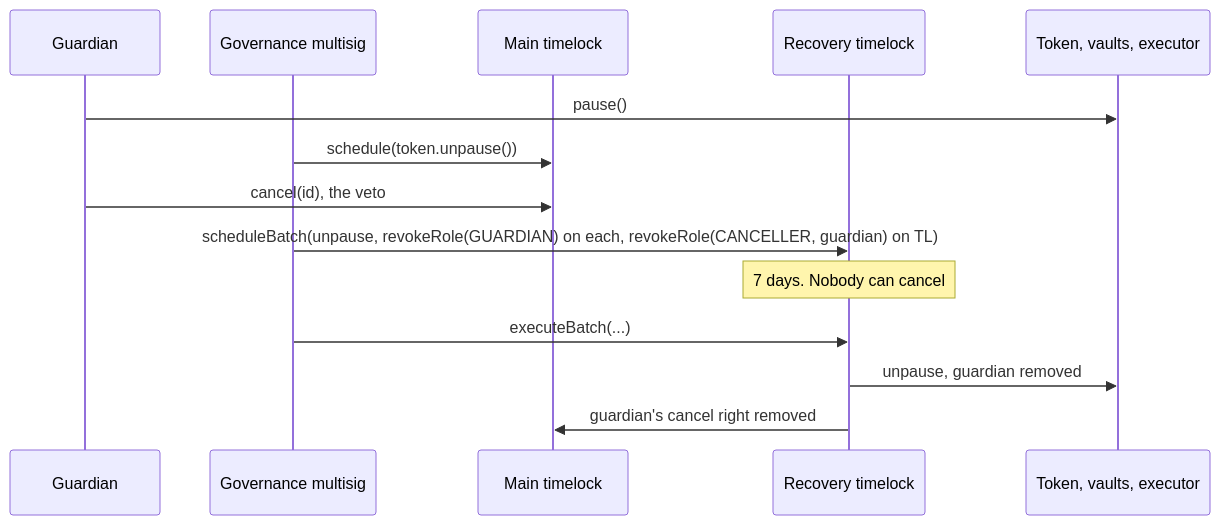
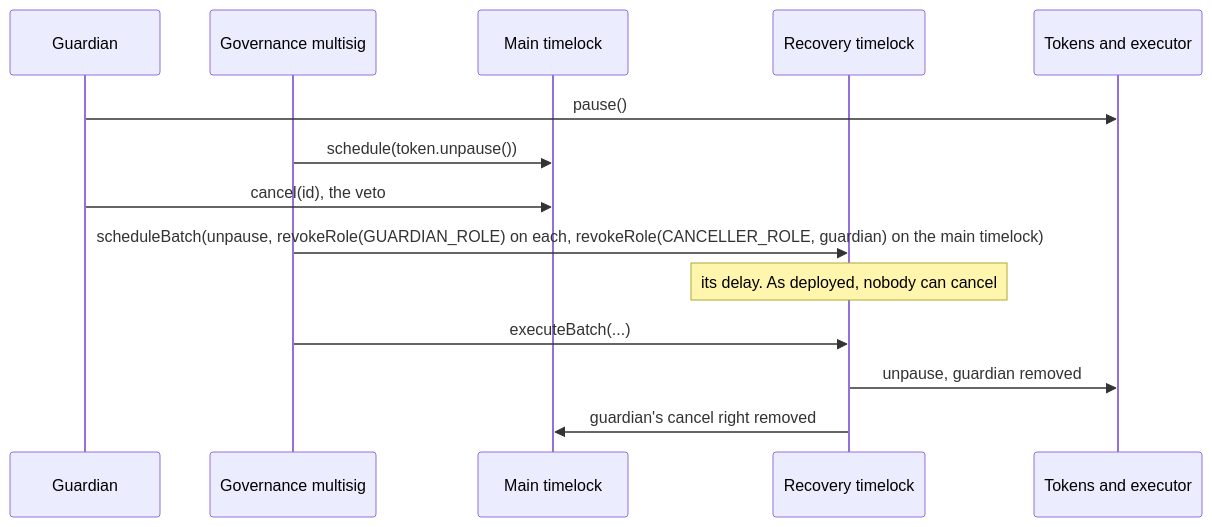
The second of 5 diagrams in docs/governance-and-deployment.md (fepvenancio/rwa-token), drawn with Mermaid before and after one commit. The commit also changed other lines of this file and 7 other files, not shown here.

````diff
--- a/docs/governance-and-deployment.md
+++ b/docs/governance-and-deployment.md
@@ -49,16 +73,16 @@
 ```mermaid
 sequenceDiagram
   participant G as Guardian
   participant Gov as Governance multisig
   participant TL as Main timelock
   participant RT as Recovery timelock
-  participant X as Token, vaults, executor
+  participant X as Tokens and executor
   G->>X: pause()
   Gov->>TL: schedule(token.unpause())
   G->>TL: cancel(id), the veto
-  Gov->>RT: scheduleBatch(unpause, revokeRole(GUARDIAN) on each, revokeRole(CANCELLER, guardian) on TL)
-  Note over RT: 7 days. Nobody can cancel
+  Gov->>RT: scheduleBatch(unpause, revokeRole(GUARDIAN_ROLE) on each, revokeRole(CANCELLER_ROLE, guardian) on the main timelock)
+  Note over RT: its delay. As deployed, nobody can cancel
   Gov->>RT: executeBatch(...)
   RT->>X: unpause, guardian removed
   RT->>TL: guardian's cancel right removed
 ```
````
